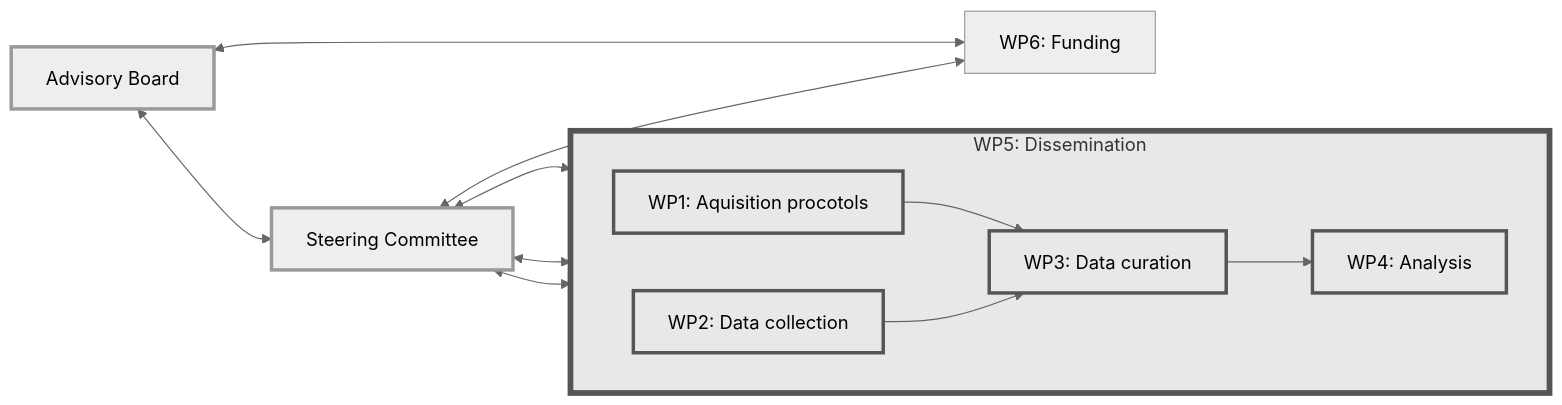
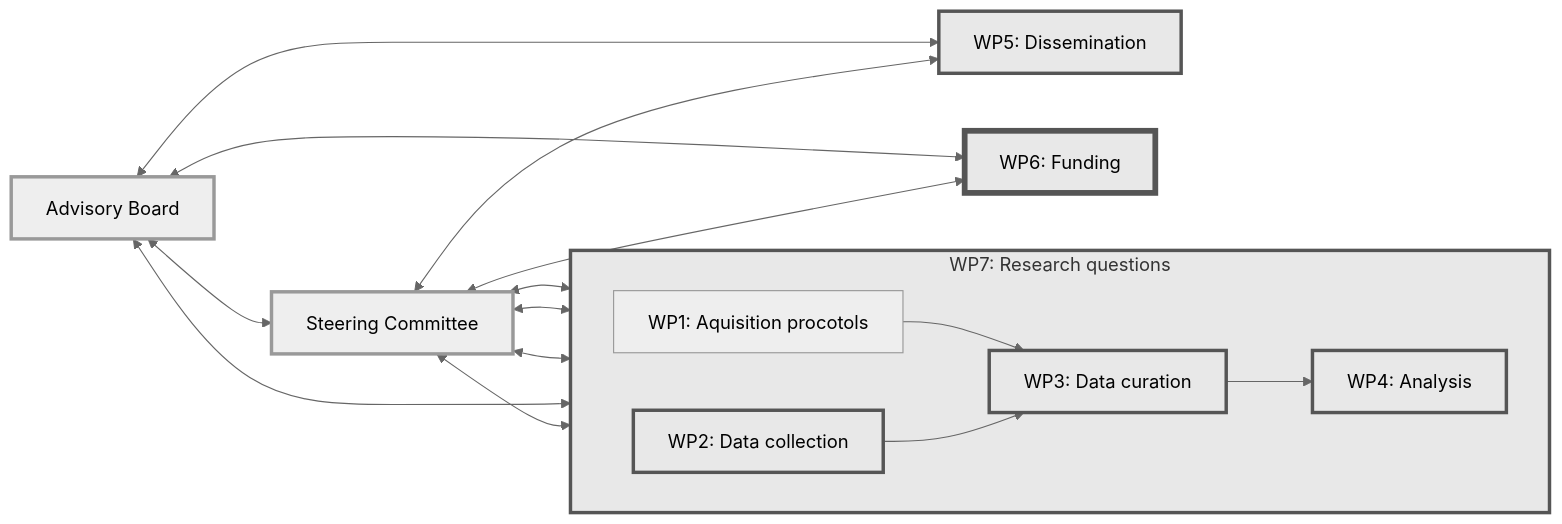
One commit to JuliusWelzel/eegmanysteps changed the diagram in index.qmd. Above: the diagram before and after it, drawn with Mermaid (neutral theme). The commit also changed other lines of this file and 3 other files, not shown here.

````diff
--- a/index.qmd
+++ b/index.qmd
@@ -41,35 +41,41 @@
 ```{mermaid}
 graph LR
     style A stroke-width:3px,corner-radius:5px
     style S stroke-width:3px,corner-radius:5px
     style B2 fill:#E8E8E8,stroke:#555,stroke-width:3px,corner-radius:5px
     style B3 fill:#E8E8E8,stroke:#555,stroke-width:3px,corner-radius:5px
     style B4 fill:#E8E8E8,stroke:#555,stroke-width:3px,corner-radius:5px
     style B5 fill:#E8E8E8,stroke:#555,stroke-width:3px,corner-radius:5px
-    style B6 fill:#E8E8E8,stroke:#555,stroke-width:5px,corner-radius:5px,fontSize:44
+    style B6 fill:#E8E8E8,stroke:#555,stroke-width:5px,corner-radius:5px
+    style B7 fill:#E8E8E8,stroke:#555,stroke-width:3px,corner-radius:5px
 
     A[Advisory Board]
     S[Steering Committee]
 
-    B2[WP1: Aquisition procotols]
-    B3[WP2: Data collection]
-    B4[WP3: Data curation]
-    B5[WP4: Analysis]
-    B6[WP5: Dissemination]
-    B7[WP6: Funding]
+    B1[WP1: Aquisition procotols]
+    B2[WP2: Data collection]
+    B3[WP3: Data curation]
+    B4[WP4: Analysis]
+    B5[WP5: Dissemination]
+    B6[WP6: Funding]
+    B7[WP7: Research questions]
 
-    subgraph B6[WP5: Dissemination]
+    subgraph B7[WP7: Research questions]
         direction LR
-        B2 --> B4
+        B1 --> B3
+        B2 --> B3
         B3 --> B4
-        B4 --> B5
     end
 
     A <--> S
+    S <--> B1
     S <--> B2
-    S <--> B3
+    S <--> B4
+    A <--> B5
     S <--> B5
+    A <--> B6
+    S <--> B6
     A <--> B7
     S <--> B7
 
 ```
````
